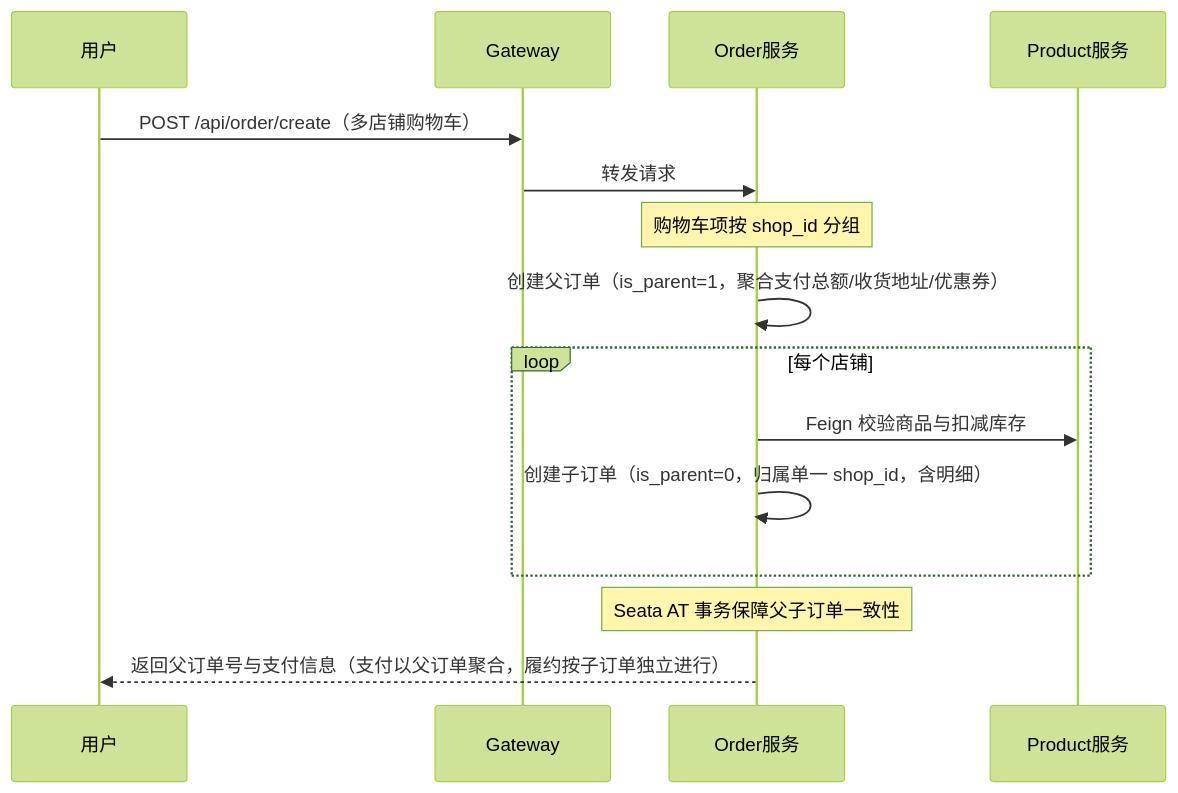
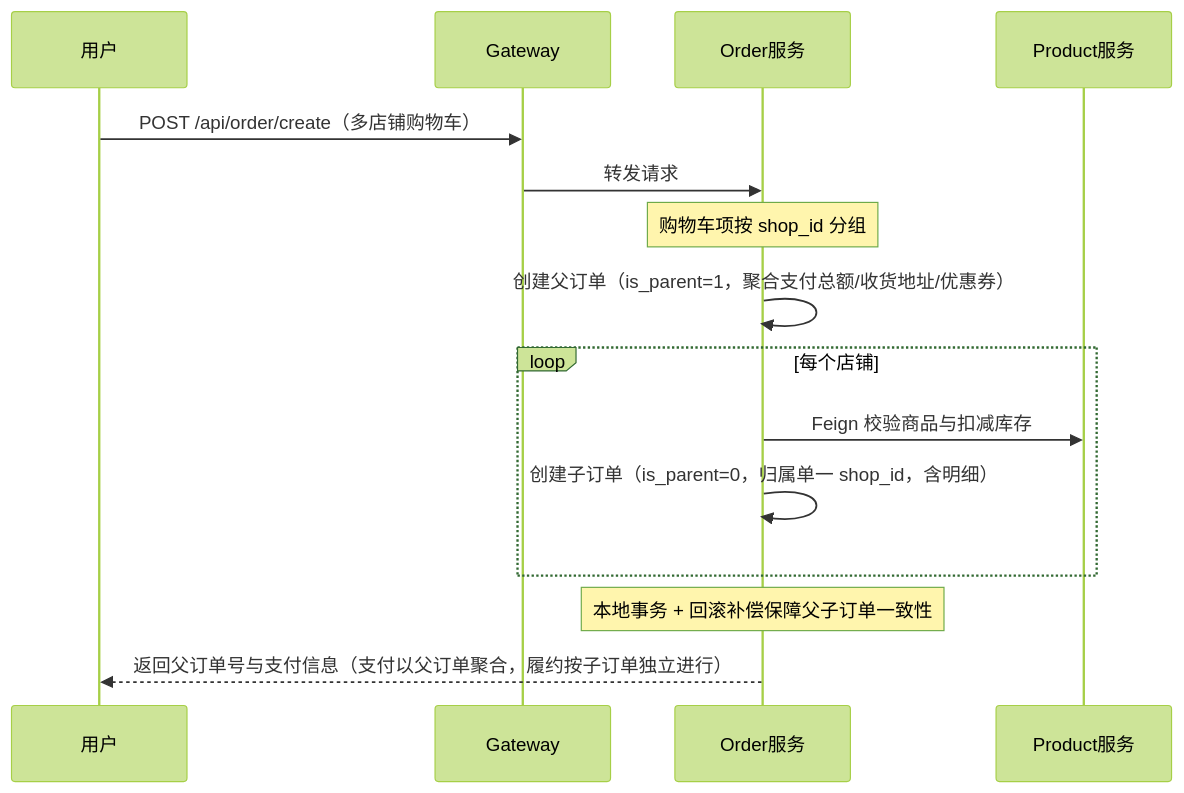
One commit to w18709894716/buy-you-want changed the fifth of 6 diagrams in docs/guide/architecture.md. Above: the diagram before and after it, drawn with Mermaid (forest theme). The commit also changed other lines of this file and 267 other files, not shown here.

````diff
--- a/docs/guide/architecture.md
+++ b/docs/guide/architecture.md
@@ -198,18 +197,18 @@
 ```mermaid
 sequenceDiagram
     participant U as 用户
     participant GW as Gateway
     participant O as Order服务
     participant P as Product服务
 
     U->>GW: POST /api/order/create（多店铺购物车）
     GW->>O: 转发请求
     Note over O: 购物车项按 shop_id 分组
     O->>O: 创建父订单（is_parent=1，聚合支付总额/收货地址/优惠券）
     loop 每个店铺
         O->>P: Feign 校验商品与扣减库存
         O->>O: 创建子订单（is_parent=0，归属单一 shop_id，含明细）
     end
-    Note over O: Seata AT 事务保障父子订单一致性
+    Note over O: 本地事务 + 回滚补偿保障父子订单一致性
     O-->>U: 返回父订单号与支付信息（支付以父订单聚合，履约按子订单独立进行）
 ```
````
